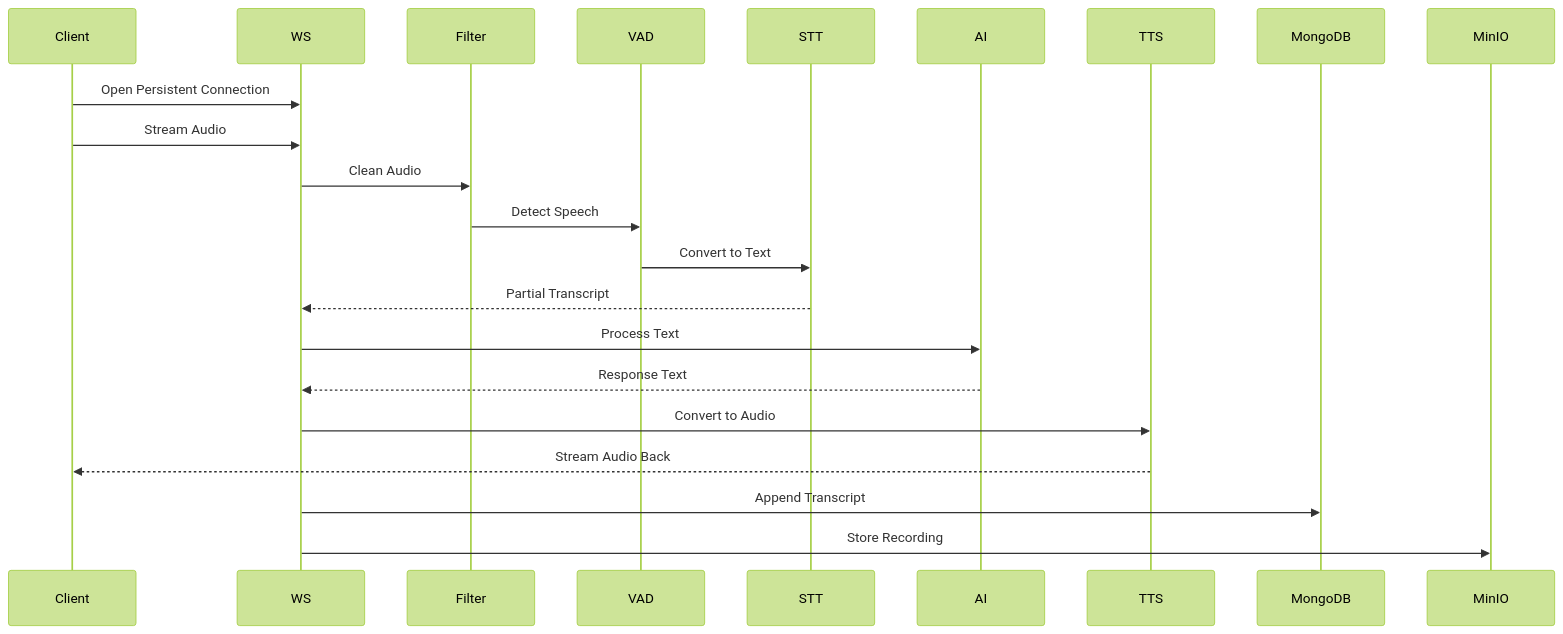
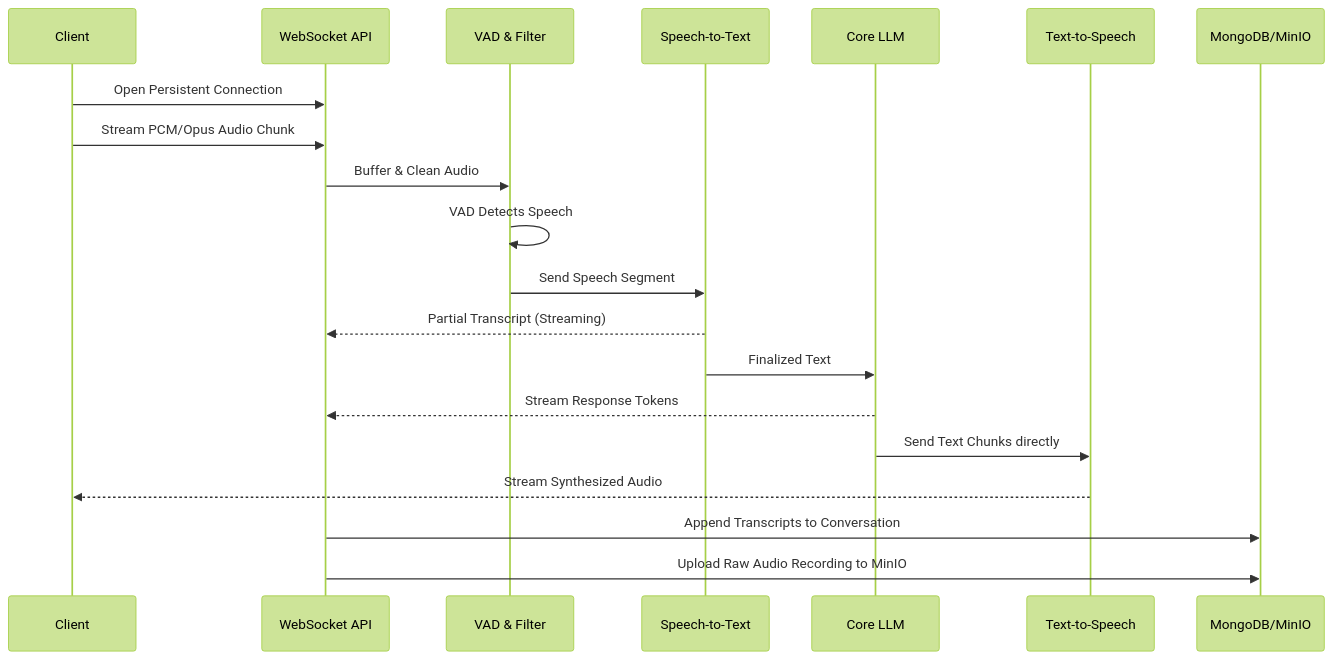
One commit to questflag/qf-apps changed the tenth of 18 diagrams in docs/QuestFlag_Communication_Module_Requirements_v15_FULL_DIAGRAMS.md. Above: the diagram before and after it, drawn with Mermaid (forest theme). The commit also changed other lines of this file, not shown here.

````diff
--- a/docs/QuestFlag_Communication_Module_Requirements_v15_FULL_DIAGRAMS.md
+++ b/docs/QuestFlag_Communication_Module_Requirements_v15_FULL_DIAGRAMS.md
@@ -104,15 +321,23 @@
-``` mermaid
+```mermaid
 sequenceDiagram
-Client->>WS: Open Persistent Connection
-Client->>WS: Stream Audio
-WS->>Filter: Clean Audio
-Filter->>VAD: Detect Speech
-VAD->>STT: Convert to Text
-STT-->>WS: Partial Transcript
-WS->>AI: Process Text
-AI-->>WS: Response Text
-WS->>TTS: Convert to Audio
-TTS-->>Client: Stream Audio Back
-WS->>MongoDB: Append Transcript
-WS->>MinIO: Store Recording
+    participant Client
+    participant WS as WebSocket API
+    participant Audio as VAD & Filter
+    participant STT as Speech-to-Text
+    participant AI as Core LLM
+    participant TTS as Text-to-Speech
+    participant DB as MongoDB/MinIO
+
+    Client->>WS: Open Persistent Connection
+    Client->>WS: Stream PCM/Opus Audio Chunk
+    WS->>Audio: Buffer & Clean Audio
+    Audio->>Audio: VAD Detects Speech
+    Audio->>STT: Send Speech Segment
+    STT-->>WS: Partial Transcript (Streaming)
+    STT->>AI: Finalized Text
+    AI-->>WS: Stream Response Tokens
+    AI->>TTS: Send Text Chunks directly
+    TTS-->>Client: Stream Synthesized Audio
+    WS->>DB: Append Transcripts to Conversation
+    WS->>DB: Upload Raw Audio Recording to MinIO
 ```
````
